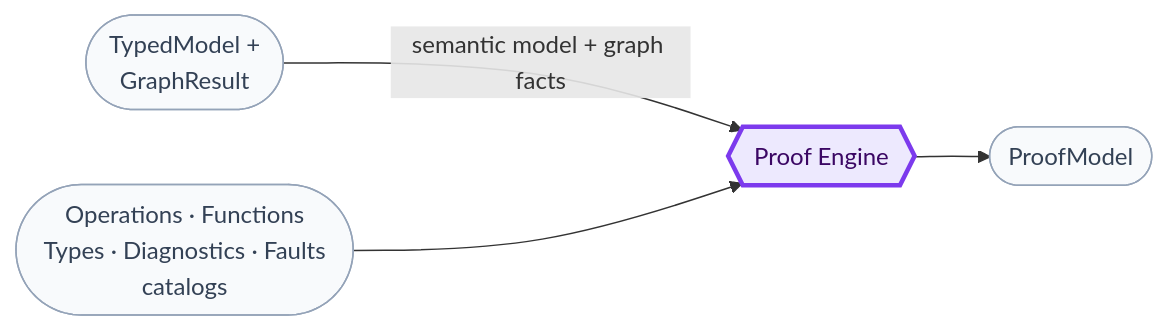
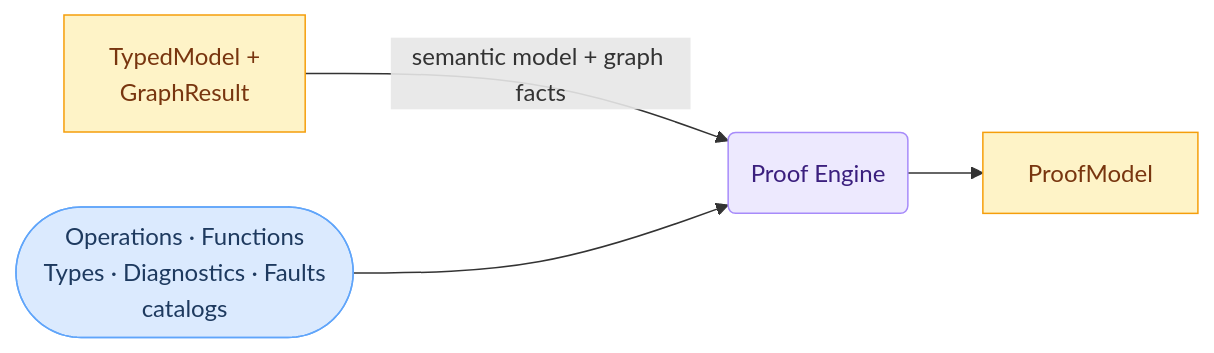
Before and after one commit to sfalik/Precept: the sixth of 9 diagrams in docs/compiler-and-runtime-design.md, drawn with Mermaid. The commit also changed other lines of this file, not shown here.

Commit message:
docs: align §4–§11 diagram shapes and colors with §3 overview

````diff
--- a/docs/compiler-and-runtime-design.md
+++ b/docs/compiler-and-runtime-design.md
@@ -393,14 +397,15 @@
 ```mermaid
 flowchart LR
-    classDef data fill:#f8fafc,stroke:#94a3b8,color:#334155
-    classDef stage fill:#ede9fe,stroke:#7c3aed,stroke-width:3px,color:#3b0764
+    classDef input fill:#dbeafe,stroke:#60a5fa,color:#1e3a5f
+    classDef stage fill:#ede9fe,stroke:#a78bfa,color:#3b1f7e
+    classDef artifact fill:#fef3c7,stroke:#f59e0b,color:#78350f
 
-    TM(["TypedModel +\nGraphResult"]):::data
-    CAT(["Operations · Functions\nTypes · Diagnostics · Faults\ncatalogs"]):::data
-    PE{{"Proof Engine"}}:::stage
-    OUT(["ProofModel"]):::data
+    TM[TypedModel +\nGraphResult]:::artifact
+    CAT([Operations · Functions\nTypes · Diagnostics · Faults\ncatalogs]):::input
+    PE(Proof Engine):::stage
+    OUT[ProofModel]:::artifact
 
     TM -->|"semantic model + graph facts"| PE
     CAT --> PE
     PE --> OUT
 ```
````
